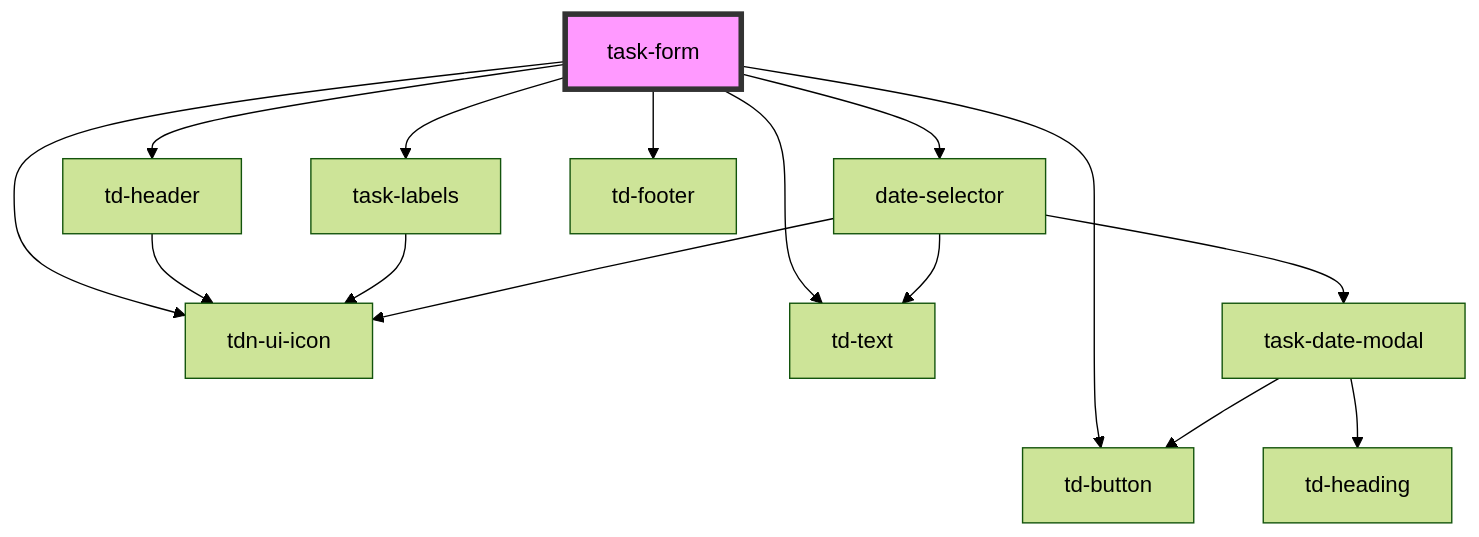
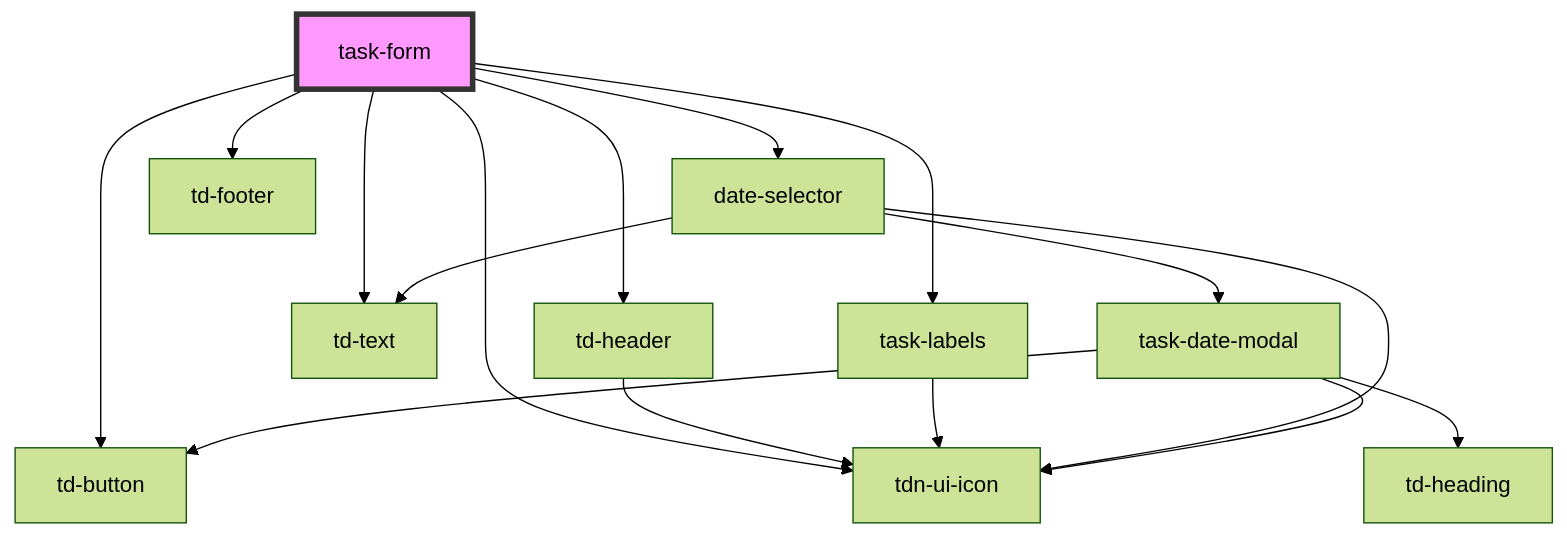
Before and after one commit to ajarana/to-done: the diagram in libs/ui/src/components/task-form/readme.md, drawn with Mermaid (forest theme). The commit also changed 21 other files, not shown here.

````diff
--- a/libs/ui/src/components/task-form/readme.md
+++ b/libs/ui/src/components/task-form/readme.md
@@ -39,18 +39,19 @@
 ```mermaid
 graph TD;
   task-form --> td-button
   task-form --> tdn-ui-icon
   task-form --> td-header
   task-form --> td-text
   task-form --> task-labels
   task-form --> date-selector
   task-form --> td-footer
   td-header --> tdn-ui-icon
   task-labels --> tdn-ui-icon
   date-selector --> tdn-ui-icon
   date-selector --> td-text
   date-selector --> task-date-modal
   task-date-modal --> td-heading
+  task-date-modal --> tdn-ui-icon
   task-date-modal --> td-button
   style task-form fill:#f9f,stroke:#333,stroke-width:4px
 ```
````
